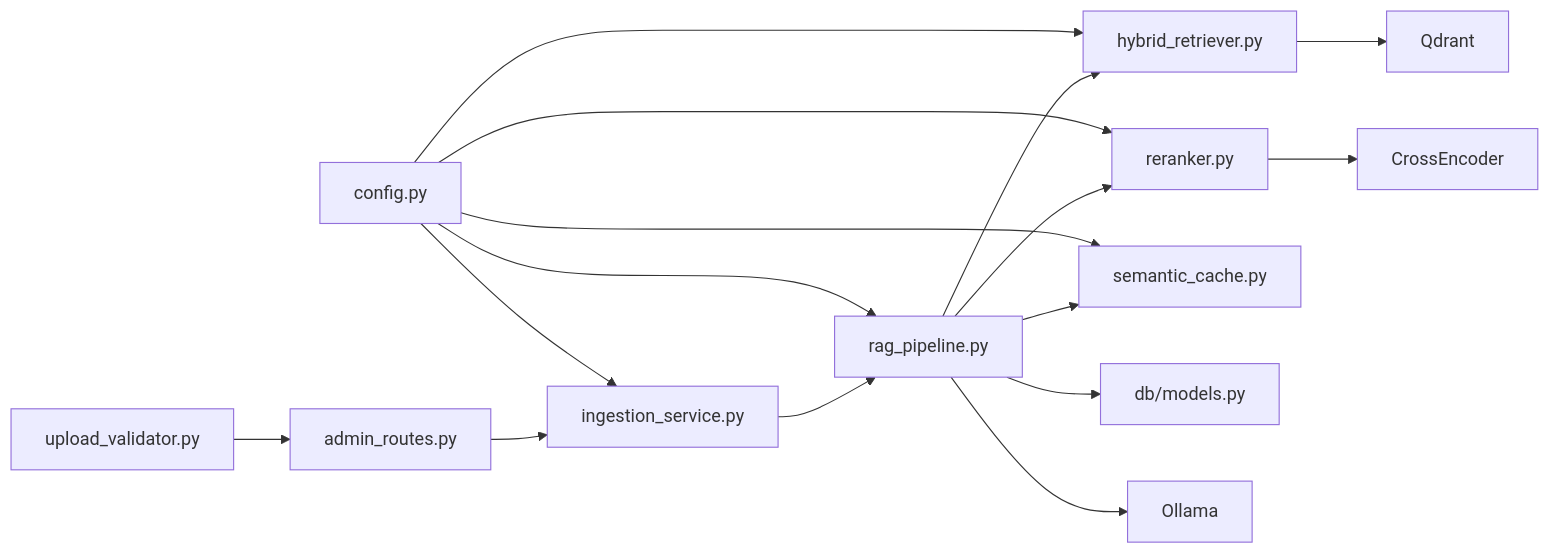
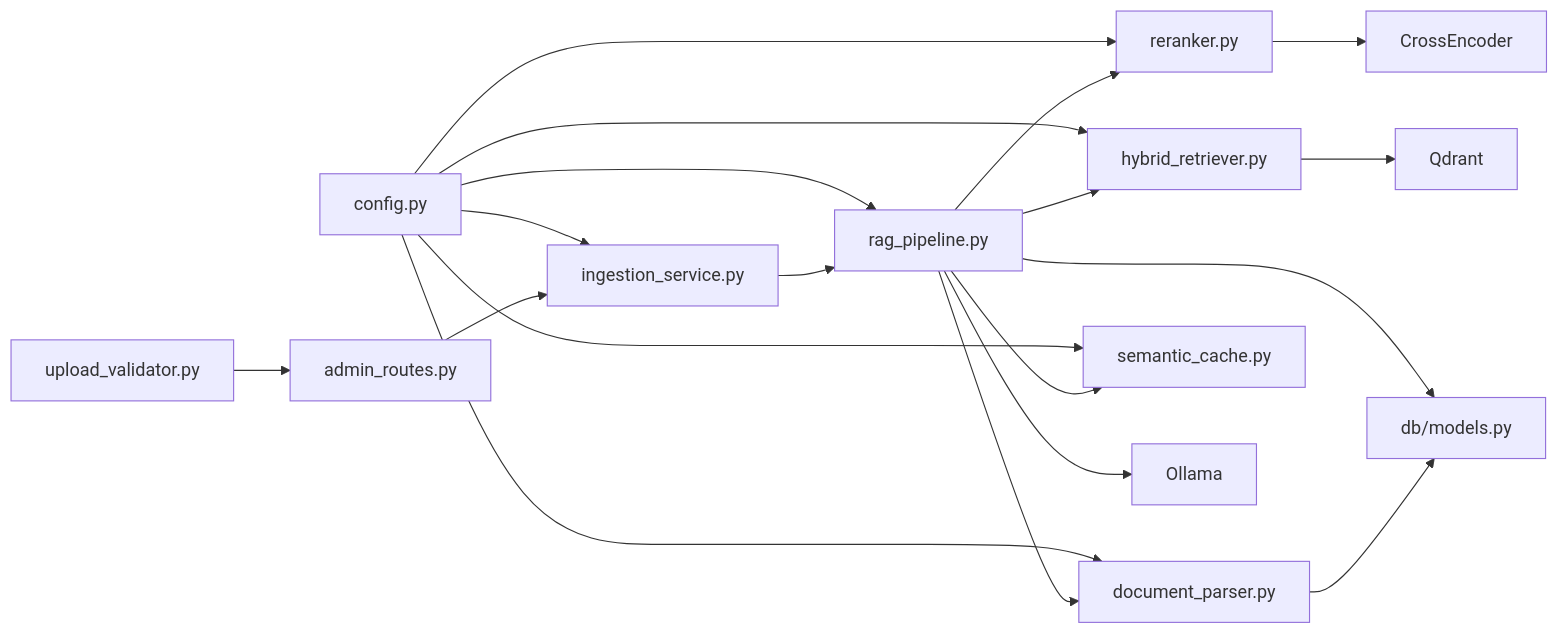
Before and after one commit to genes8/private-ai: diagram 12 of 12 in .qoder/repowiki/en/content/Document Processing System/Document Processing System.md, drawn with Mermaid. The commit also changed other lines of this file and 55 other files, not shown here.

````diff
--- a/.qoder/repowiki/en/content/Document Processing System/Document Processing System.md
+++ b/.qoder/repowiki/en/content/Document Processing System/Document Processing System.md
@@ -495,18 +554,21 @@
 ```mermaid
 graph LR
 CFG["config.py"] --> IS["ingestion_service.py"]
 CFG --> RP["rag_pipeline.py"]
+CFG --> DP["document_parser.py"]
 CFG --> HR["hybrid_retriever.py"]
 CFG --> RR["reranker.py"]
 CFG --> SC["semantic_cache.py"]
 UV["upload_validator.py"] --> AR["admin_routes.py"]
 AR --> IS
 IS --> RP
+RP --> DP
 RP --> HR
 RP --> RR
 RP --> SC
 RP --> DB["db/models.py"]
+DP --> DB
 HR --> QD["Qdrant"]
 RR --> CE["CrossEncoder"]
 RP --> OLL["Ollama"]
 ```
````
